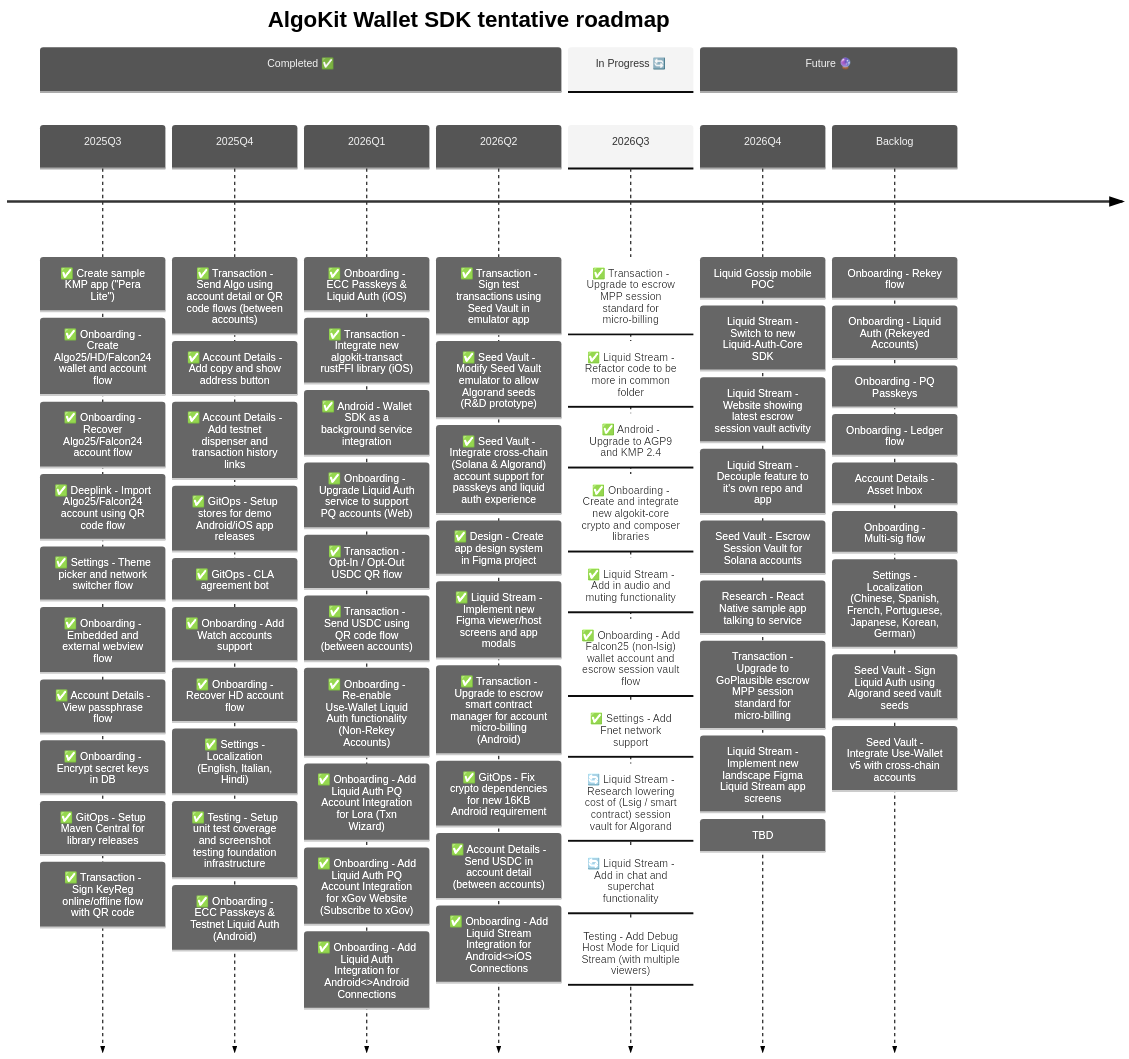
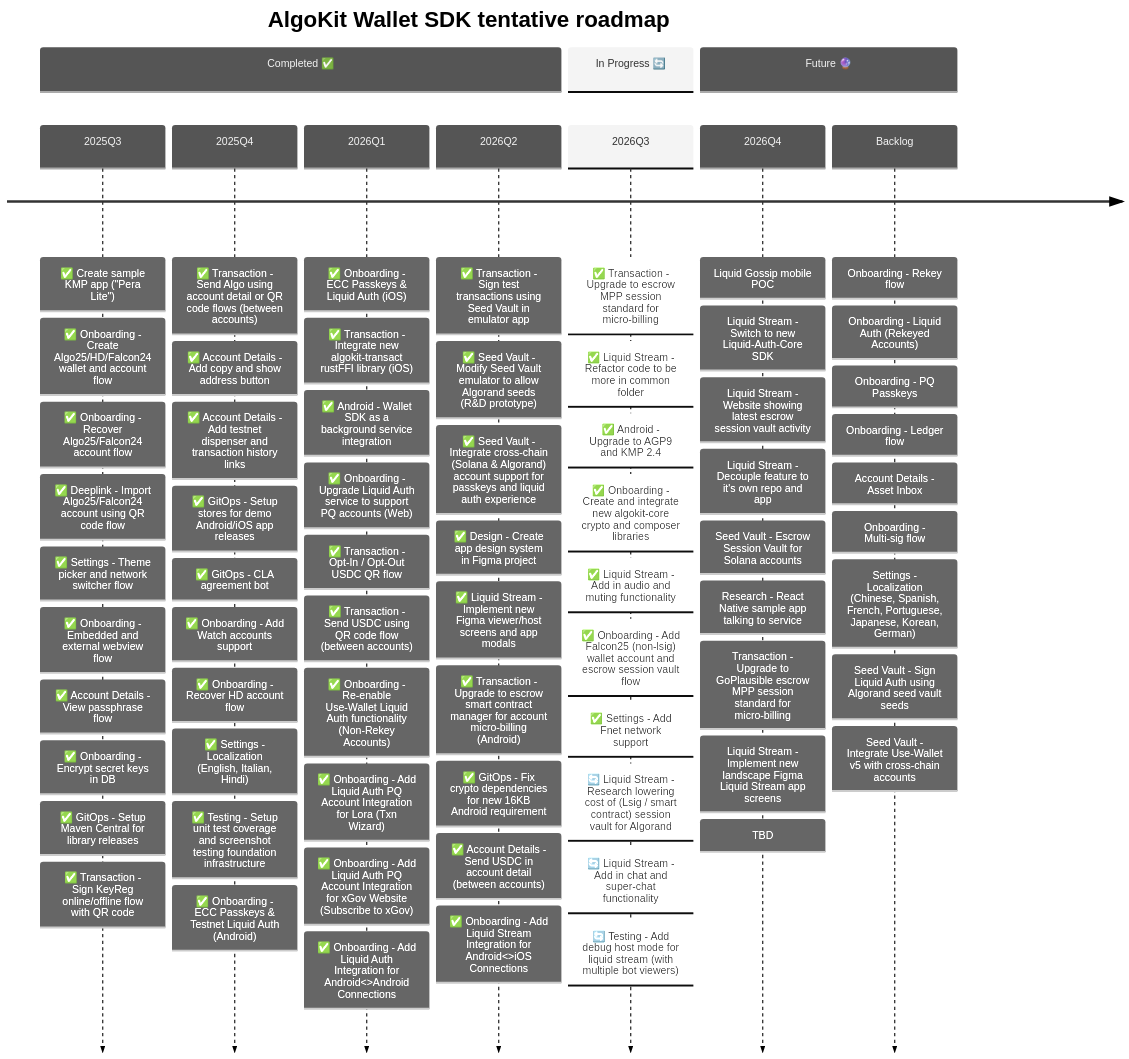
One commit to michaeltchuangllc/algokit-walletsdk-kmp changed the second of 3 diagrams in README.md. Above: the diagram before and after it, drawn with Mermaid. The commit also changed 6 other files, not shown here.

```diff
--- a/README.md
+++ b/README.md
@@ -127,8 +127,8 @@
              : ✅ Onboarding - Add Falcon25 (non-lsig) wallet account and escrow session vault flow
              : ✅ Settings - Add Fnet network support
              : 🔄 Liquid Stream - Research lowering cost of (Lsig / smart contract) session vault for Algorand
-             : 🔄 Liquid Stream - Add in chat and superchat functionality
-             : Testing - Add Debug Host Mode for Liquid Stream (with multiple viewers)
+             : 🔄 Liquid Stream - Add in chat and super-chat functionality
+             : 🔄 Testing - Add debug host mode for liquid stream (with multiple bot viewers)
              
     section Future 🔮
     2026Q4   
```
